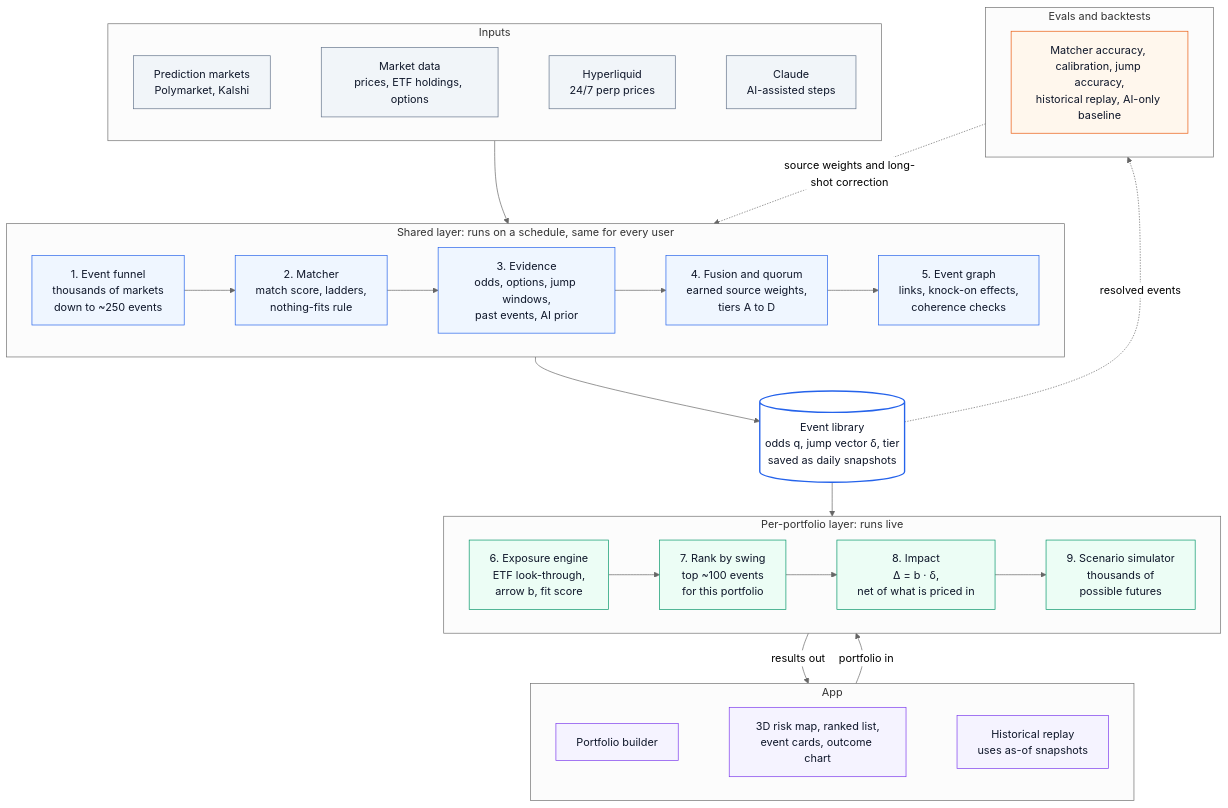
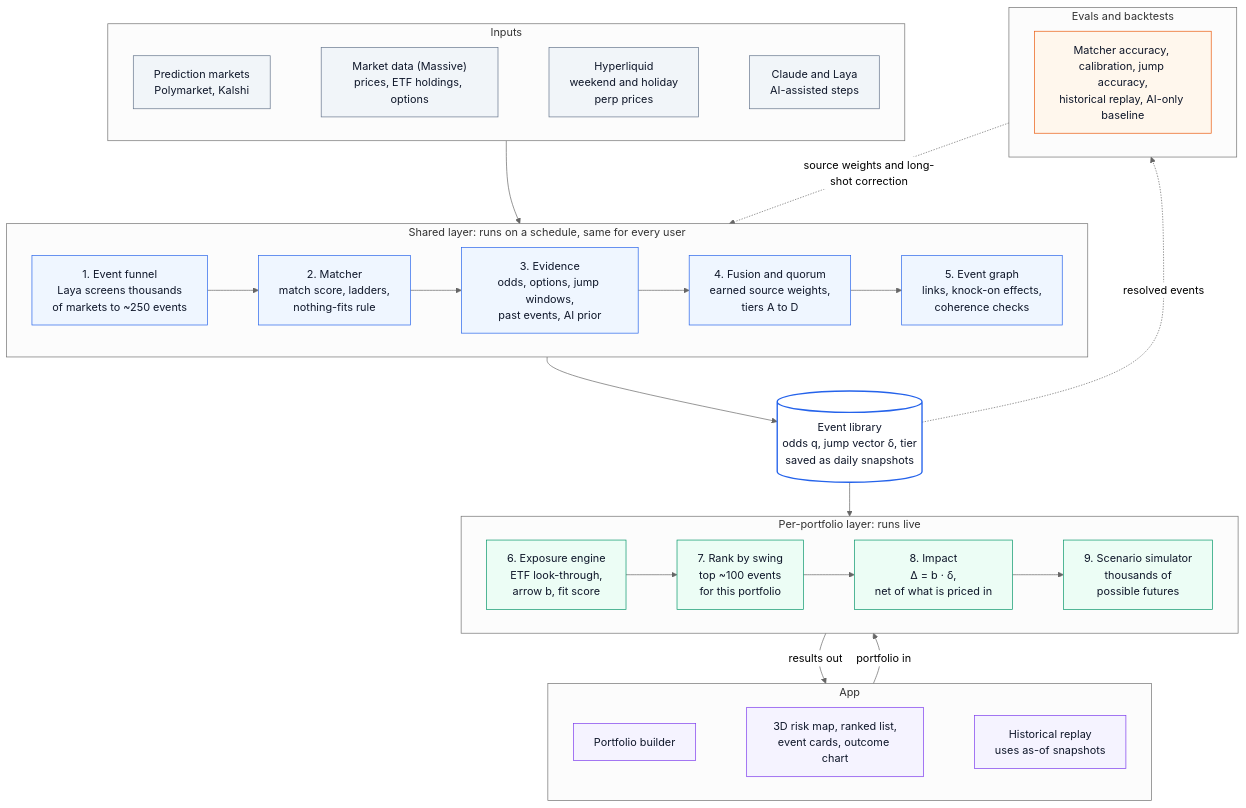
The diagram in docs/diagrams/architecture.mmd (JustGooogleIt/TheRedKeep), drawn with Mermaid (neutral theme) before and after one commit. The commit also changed 22 other files, not shown here.

```diff
--- a/docs/diagrams/architecture.mmd
+++ b/docs/diagrams/architecture.mmd
@@ -1,49 +1,49 @@
 flowchart TB
   classDef input fill:#F1F5F9,stroke:#64748B,color:#0F172A
   classDef shared fill:#EFF6FF,stroke:#2563EB,color:#0F172A
   classDef live fill:#ECFDF5,stroke:#059669,color:#0F172A
   classDef app fill:#F5F3FF,stroke:#7C3AED,color:#0F172A
   classDef evals fill:#FFF7ED,stroke:#EA580C,color:#0F172A
   classDef store fill:#FFFFFF,stroke:#2563EB,stroke-width:2px,color:#0F172A
 
   subgraph INPUTS["Inputs"]
     direction LR
-    PM["Prediction markets<br/>Polymarket, Kalshi"] ~~~ MKT["Market data<br/>prices, ETF holdings, options"] ~~~ HL["Hyperliquid<br/>24/7 perp prices"] ~~~ CL["Claude<br/>AI-assisted steps"]
+    PM["Prediction markets<br/>Polymarket, Kalshi"] ~~~ MKT["Market data (Massive)<br/>prices, ETF holdings, options"] ~~~ HL["Hyperliquid<br/>weekend and holiday<br/>perp prices"] ~~~ CL["Claude and Laya<br/>AI-assisted steps"]
   end
 
   subgraph SHARED["Shared layer: runs on a schedule, same for every user"]
     direction LR
-    FUN["1. Event funnel<br/>thousands of markets<br/>down to ~250 events"] --> MAT["2. Matcher<br/>match score, ladders,<br/>nothing-fits rule"] --> EVI["3. Evidence<br/>odds, options, jump windows,<br/>past events, AI prior"] --> FUS["4. Fusion and quorum<br/>earned source weights,<br/>tiers A to D"] --> GRA["5. Event graph<br/>links, knock-on effects,<br/>coherence checks"]
+    FUN["1. Event funnel<br/>Laya screens thousands<br/>of markets to ~250 events"] --> MAT["2. Matcher<br/>match score, ladders,<br/>nothing-fits rule"] --> EVI["3. Evidence<br/>odds, options, jump windows,<br/>past events, AI prior"] --> FUS["4. Fusion and quorum<br/>earned source weights,<br/>tiers A to D"] --> GRA["5. Event graph<br/>links, knock-on effects,<br/>coherence checks"]
   end
 
   LIB[("Event library<br/>odds q, jump vector δ, tier<br/>saved as daily snapshots")]
 
   subgraph LIVE["Per-portfolio layer: runs live"]
     direction LR
     EXP["6. Exposure engine<br/>ETF look-through,<br/>arrow b, fit score"] --> RANK["7. Rank by swing<br/>top ~100 events<br/>for this portfolio"] --> IMP["8. Impact<br/>Δ = b · δ,<br/>net of what is priced in"] --> SIM["9. Scenario simulator<br/>thousands of<br/>possible futures"]
   end
 
   subgraph APP["App"]
     direction LR
     BUILD["Portfolio builder"] ~~~ VIEWS["3D risk map, ranked list,<br/>event cards, outcome chart"] ~~~ REPLAY["Historical replay<br/>uses as-of snapshots"]
   end
 
   subgraph EVALS["Evals and backtests"]
     direction LR
     BT["Matcher accuracy, calibration, jump accuracy,<br/>historical replay, AI-only baseline"]
   end
 
   INPUTS --> SHARED
   SHARED --> LIB
   LIB --> LIVE
   APP -- portfolio in --> LIVE
   LIVE -- results out --> APP
   LIB -. resolved events .-> EVALS
   EVALS -. source weights and long-shot correction .-> SHARED
 
   class PM,MKT,HL,CL input
   class FUN,MAT,EVI,FUS,GRA shared
   class LIB store
   class EXP,RANK,IMP,SIM live
   class BUILD,VIEWS,REPLAY app
   class BT evals
```
